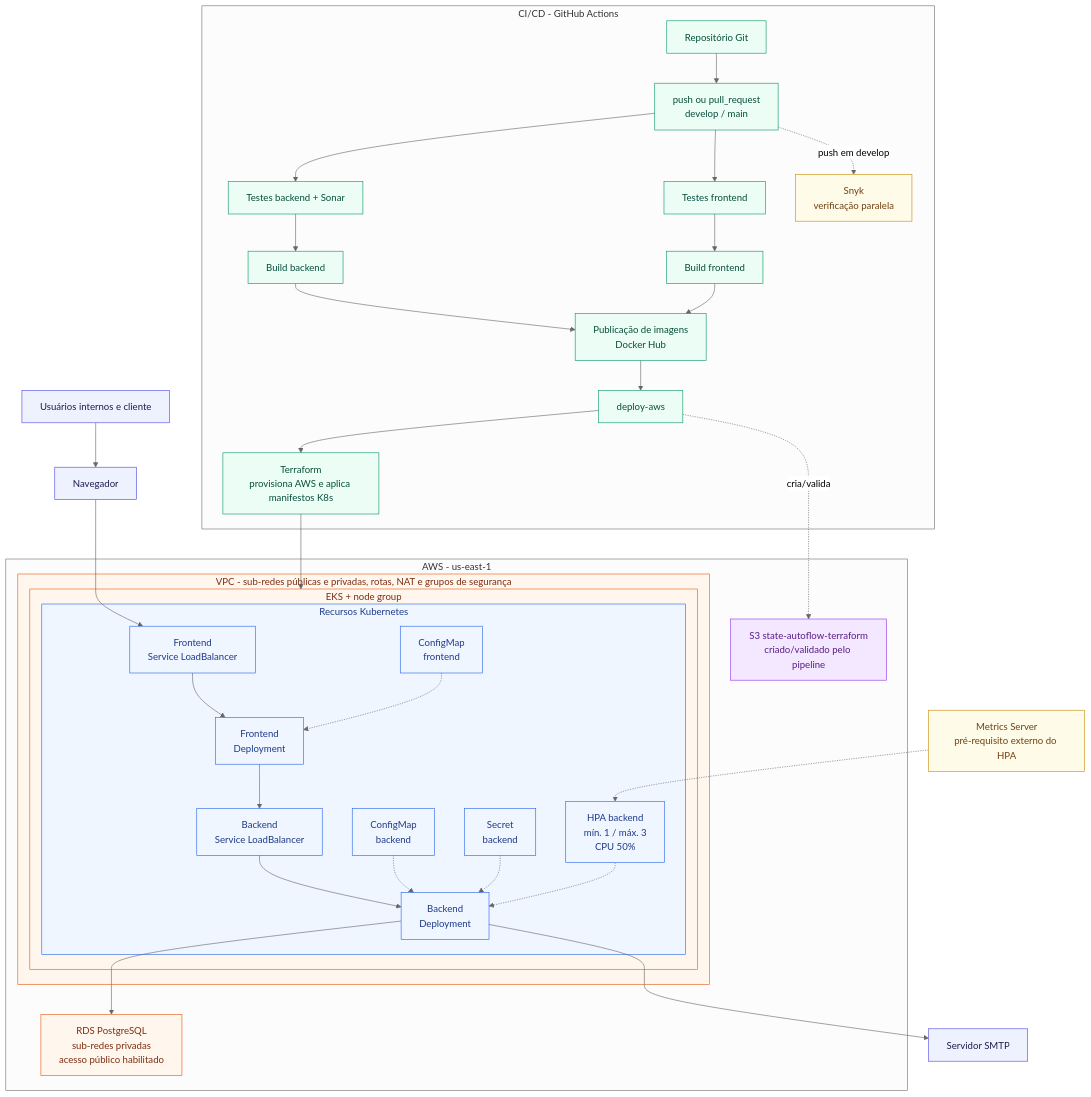
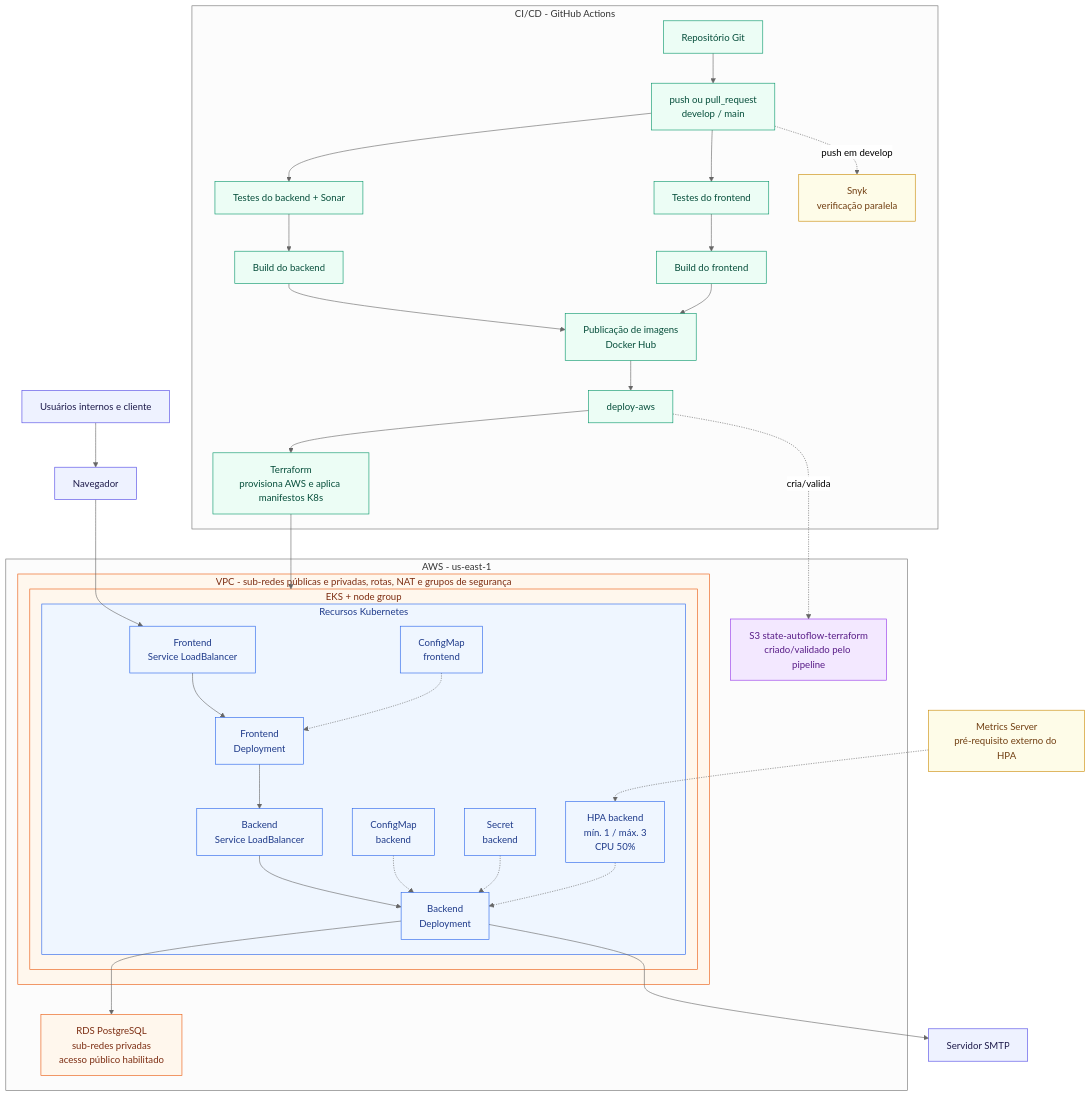
Before and after one commit to BrunoSousa06/autoflow: the diagram in docs/diagramas-arquitetura/arquitetura-deploy-fase-2.mermaid, drawn with Mermaid (neutral theme). The commit also changed 10 other files, not shown here.

```diff
--- a/docs/diagramas-arquitetura/arquitetura-deploy-fase-2.mermaid
+++ b/docs/diagramas-arquitetura/arquitetura-deploy-fase-2.mermaid
@@ -1,63 +1,64 @@
+%% Registro histórico da Fase 2; não representa os gates atuais do workflow.
 flowchart TB
 
     subgraph cicd["CI/CD - GitHub Actions"]
         repository["Repositório Git"] --> triggers["push ou pull_request<br/>develop / main"]
-        triggers --> backendTests["Testes backend + Sonar"]
-        triggers --> frontendTests["Testes frontend"]
-        backendTests --> backendBuild["Build backend"]
-        frontendTests --> frontendBuild["Build frontend"]
+        triggers --> backendTests["Testes do backend + Sonar"]
+        triggers --> frontendTests["Testes do frontend"]
+        backendTests --> backendBuild["Build do backend"]
+        frontendTests --> frontendBuild["Build do frontend"]
         backendBuild --> publish["Publicação de imagens<br/>Docker Hub"]
         frontendBuild --> publish
         triggers -. "push em develop" .-> snyk["Snyk<br/>verificação paralela"]
         publish --> deploy["deploy-aws"]
         deploy --> terraform["Terraform<br/>provisiona AWS e aplica manifestos K8s"]
     end
 
     subgraph aws["AWS - us-east-1"]
         subgraph vpc["VPC - sub-redes públicas e privadas, rotas, NAT e grupos de segurança"]
             subgraph eks["EKS + node group"]
                 subgraph k8s["Recursos Kubernetes"]
                     frontendService["Frontend<br/>Service LoadBalancer"]
                     frontendDeployment["Frontend<br/>Deployment"]
                     frontendConfig["ConfigMap<br/>frontend"]
                     backendService["Backend<br/>Service LoadBalancer"]
                     backendDeployment["Backend<br/>Deployment"]
                     backendConfig["ConfigMap<br/>backend"]
                     backendSecret["Secret<br/>backend"]
                     hpa["HPA backend<br/>mín. 1 / máx. 3<br/>CPU 50%"]
                 end
             end
         end
         rds["RDS PostgreSQL<br/>sub-redes privadas<br/>acesso público habilitado"]
         stateBucket["S3 state-autoflow-terraform<br/>criado/validado pelo pipeline"]
     end
 
     users["Usuários internos e cliente"] --> browser["Navegador"]
     browser --> frontendService
     frontendService --> frontendDeployment
     frontendConfig -.-> frontendDeployment
     frontendDeployment --> backendService
     backendService --> backendDeployment
     backendConfig -.-> backendDeployment
     backendSecret -.-> backendDeployment
     backendDeployment --> rds
     backendDeployment --> smtp["Servidor SMTP"]
     metrics["Metrics Server<br/>pré-requisito externo do HPA"] -.-> hpa
     hpa -.-> backendDeployment
 
-    terraform --> eks
+        terraform --> eks
     deploy -. "cria/valida" .-> stateBucket
 
     classDef pipelineNode fill:#ecfdf5,stroke:#059669,color:#064e3b;
     classDef awsNode fill:#fff7ed,stroke:#ea580c,color:#7c2d12;
     classDef k8sNode fill:#eff6ff,stroke:#2563eb,color:#1e3a8a;
     classDef externalNode fill:#eef2ff,stroke:#4f46e5,color:#1e1b4b;
     classDef noteNode fill:#fefce8,stroke:#ca8a04,color:#713f12;
     classDef storageNode fill:#f3e8ff,stroke:#9333ea,color:#581c87;
     class repository,triggers,backendTests,frontendTests,backendBuild,frontendBuild,publish,deploy,terraform pipelineNode;
     class vpc,eks awsNode;
     class k8s,frontendService,frontendDeployment,frontendConfig,backendService,backendDeployment,backendConfig,backendSecret,hpa k8sNode;
     class users,browser,smtp externalNode;
     class metrics,snyk noteNode;
     class rds awsNode;
     class stateBucket storageNode;
```
